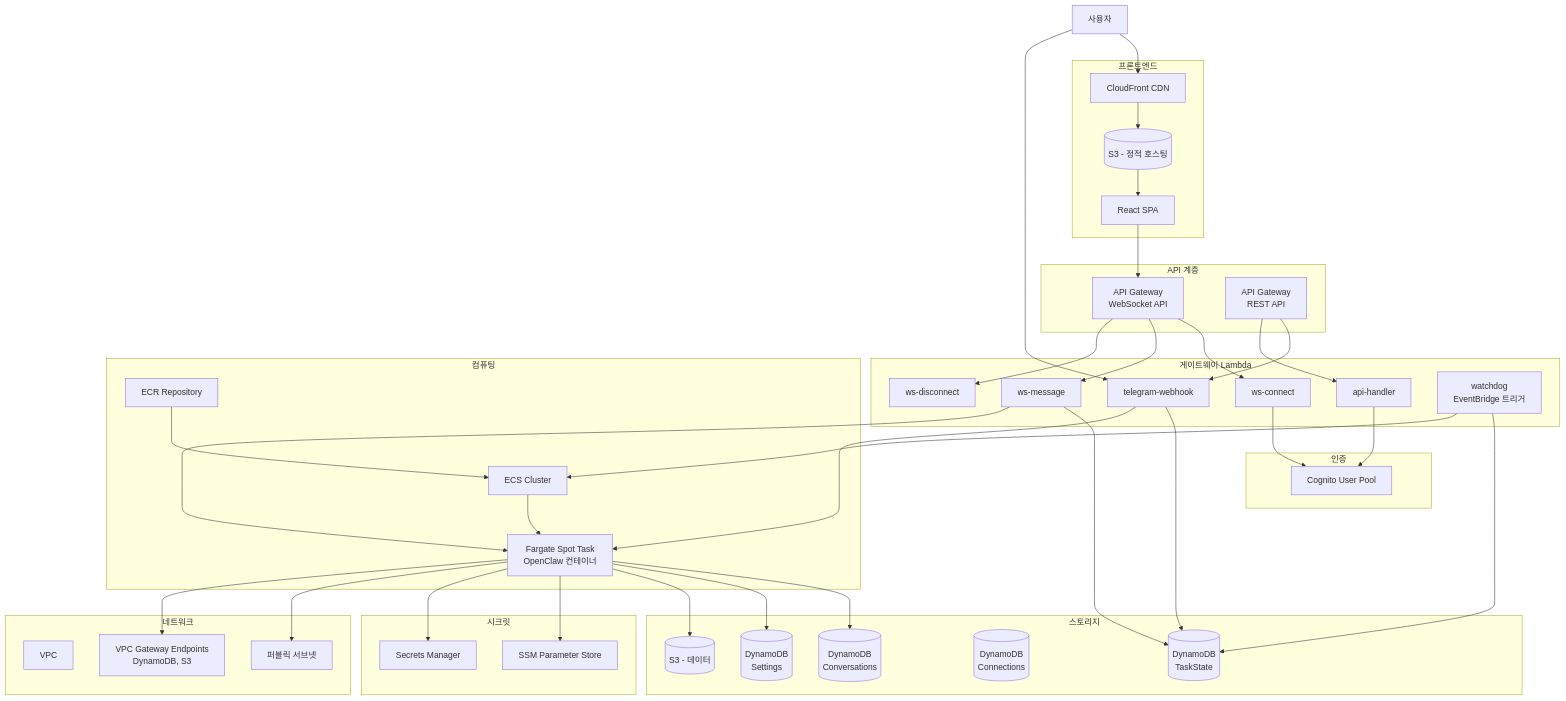
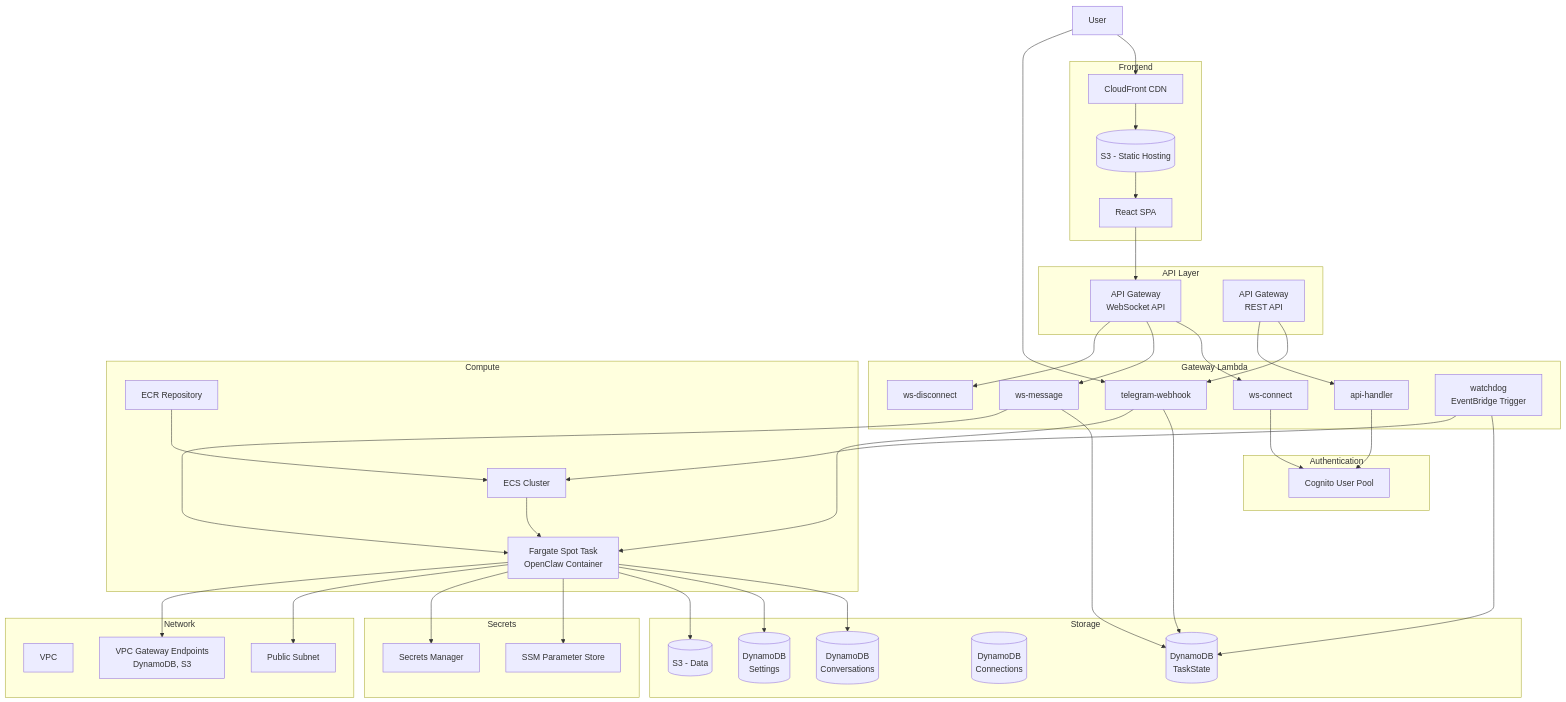
The first of 12 diagrams in docs/architecture.md (geoseong/serverless-openclaw), drawn with Mermaid before and after one commit. The commit also changed other lines of this file and 8 other files, not shown here.

````diff
--- a/docs/architecture.md
+++ b/docs/architecture.md
@@ -9,52 +9,52 @@
 ```mermaid
 graph TB
-    User[사용자]
+    User[User]
 
-    subgraph "프론트엔드"
+    subgraph "Frontend"
         CF[CloudFront CDN]
-        S3Web[(S3 - 정적 호스팅)]
+        S3Web[(S3 - Static Hosting)]
         WebUI[React SPA]
     end
 
-    subgraph "API 계층"
+    subgraph "API Layer"
         WSAPI[API Gateway\nWebSocket API]
         RESTAPI[API Gateway\nREST API]
     end
 
-    subgraph "게이트웨이 Lambda"
+    subgraph "Gateway Lambda"
         WS_Connect[ws-connect]
         WS_Message[ws-message]
         WS_Disconnect[ws-disconnect]
         TG_Webhook[telegram-webhook]
         API_Handler[api-handler]
-        Watchdog[watchdog\nEventBridge 트리거]
+        Watchdog[watchdog\nEventBridge Trigger]
     end
 
-    subgraph "인증"
+    subgraph "Authentication"
         Cognito[Cognito User Pool]
     end
 
-    subgraph "컴퓨팅"
+    subgraph "Compute"
         ECS[ECS Cluster]
-        Fargate[Fargate Spot Task\nOpenClaw 컨테이너]
+        Fargate[Fargate Spot Task\nOpenClaw Container]
         ECR[ECR Repository]
     end
 
-    subgraph "스토리지"
+    subgraph "Storage"
         DDB_Conv[(DynamoDB\nConversations)]
         DDB_Settings[(DynamoDB\nSettings)]
         DDB_Task[(DynamoDB\nTaskState)]
         DDB_Conn[(DynamoDB\nConnections)]
-        S3Data[(S3 - 데이터)]
+        S3Data[(S3 - Data)]
     end
 
-    subgraph "네트워크"
+    subgraph "Network"
         VPC[VPC]
-        PubSub[퍼블릭 서브넷]
+        PubSub[Public Subnet]
         VPCE[VPC Gateway Endpoints\nDynamoDB, S3]
     end
 
-    subgraph "시크릿"
+    subgraph "Secrets"
         SSM[SSM Parameter Store]
         SM[Secrets Manager]
     end
````
